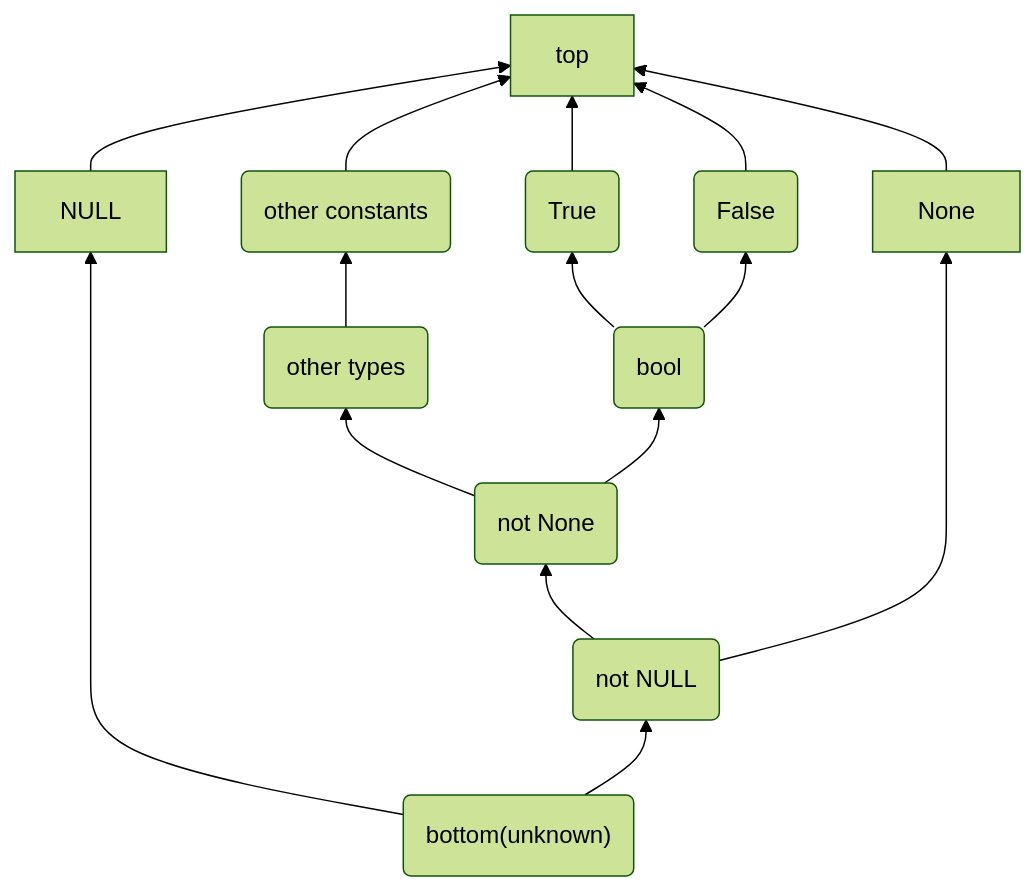
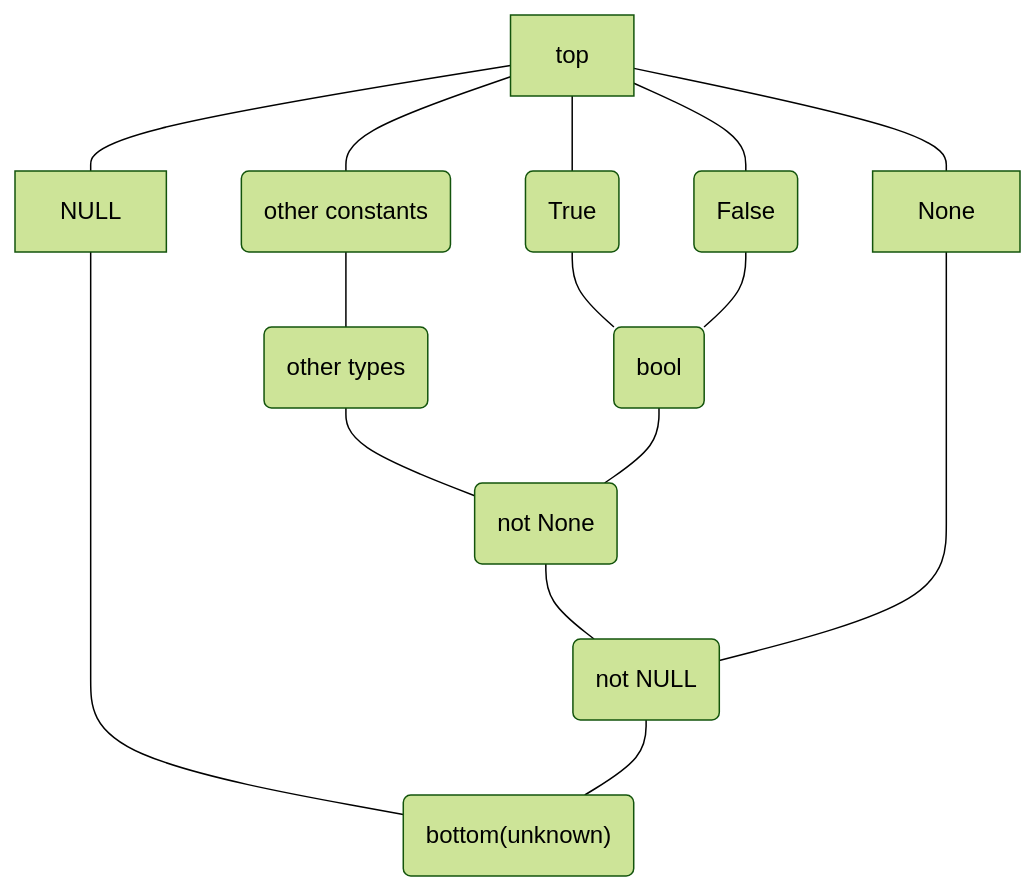
The second of 2 diagrams in 3.13/redundancy_eliminator.md (faster-cpython/ideas), drawn with Mermaid (forest theme) before and after one commit. The commit also changed other lines of this file, not shown here.

Commit message:
remove edges in code

````diff
--- a/3.13/redundancy_eliminator.md
+++ b/3.13/redundancy_eliminator.md
@@ -73,25 +73,25 @@
 ```mermaid
 graph BT;
-    t("True");
+    true("True");
     f("False");
     bl("bool");
     nnull(not NULL);
     nnone(not None);
-    ot(other types);
-    oc(other constants);
+    t(other types);
+    c(other constants);
     b("bottom(unknown)");
-    b-->NULL;
-    b-->nnull;
-    nnull-->nnone;
-    nnull-->None;
-    nnone-->ot;
-    nnone-->bl;
-    ot-->oc;
-    oc-->top;
-    None-->top;
-    NULL-->top;
-    bl-->t;
-    bl-->f;
-    t-->top;
-    f-->top;
+    b---NULL;
+    b---nnull;
+    nnull---nnone;
+    nnull---None;
+    nnone---t;
+    nnone---bl;
+    t---c;
+    c---top;
+    None---top;
+    NULL---top;
+    bl---true;
+    bl---f;
+    true---top;
+    f---top;
 ```
````
